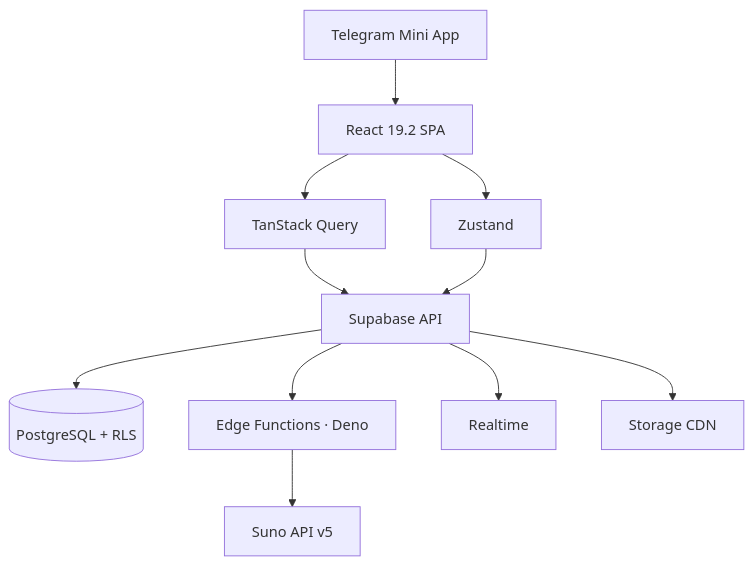
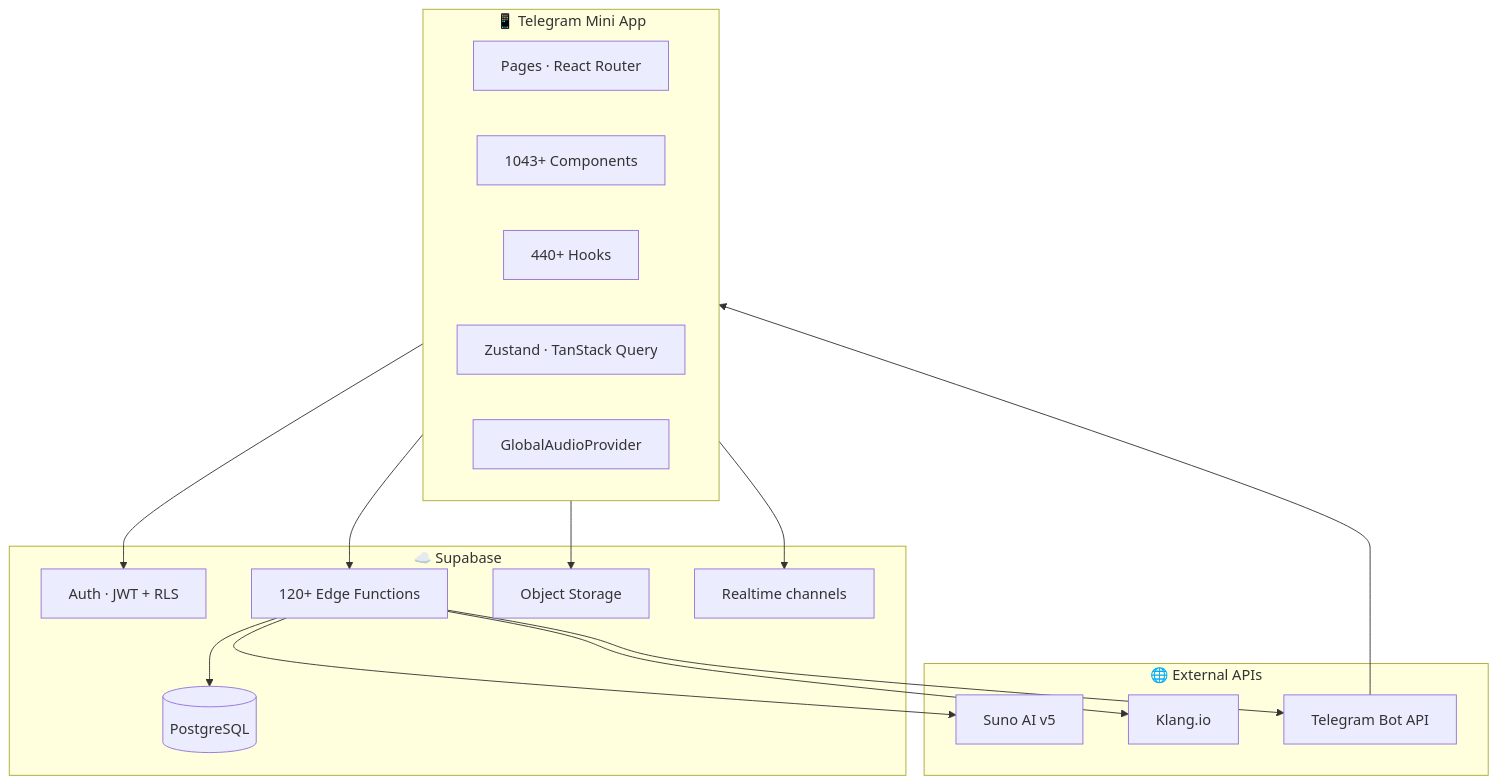
One commit to HOW2AI-AGENCY/aimusicverse changed the first of 4 diagrams in README.md. Above: the diagram before and after it, drawn with Mermaid. The commit also changed other lines of this file, not shown here.

Commit message:
docs: fix svg paths, add mermaid diagrams, remove dead storyforge section

````diff
--- a/README.md
+++ b/README.md
@@ -114,13 +98,31 @@
 ```mermaid
-graph TD
-    A[Telegram Mini App] --> B[React 19.2 SPA]
-    B --> C[TanStack Query]
-    B --> D[Zustand]
-    C --> E[Supabase API]
-    D --> E
-    E --> F[(PostgreSQL + RLS)]
-    E --> G[Edge Functions · Deno]
-    G --> H[Suno API v5]
-    E --> I[Realtime]
-    E --> J[Storage CDN]
+flowchart TB
+    subgraph Client["📱 Telegram Mini App"]
+        Pages[Pages · React Router]
+        Comps[1043+ Components]
+        Hooks[440+ Hooks]
+        State[Zustand · TanStack Query]
+        Audio[GlobalAudioProvider]
+    end
+    subgraph Backend["☁️ Supabase"]
+        Auth[Auth · JWT + RLS]
+        DB[(PostgreSQL)]
+        Edge[120+ Edge Functions]
+        Storage[Object Storage]
+        Realtime[Realtime channels]
+    end
+    subgraph External["🌐 External APIs"]
+        Suno[Suno AI v5]
+        Klang[Klang.io]
+        Bot[Telegram Bot API]
+    end
+    Client --> Auth
+    Client --> Edge
+    Client --> Realtime
+    Client --> Storage
+    Edge --> DB
+    Edge --> Suno
+    Edge --> Klang
+    Edge --> Bot
+    Bot --> Client
 ```
````
